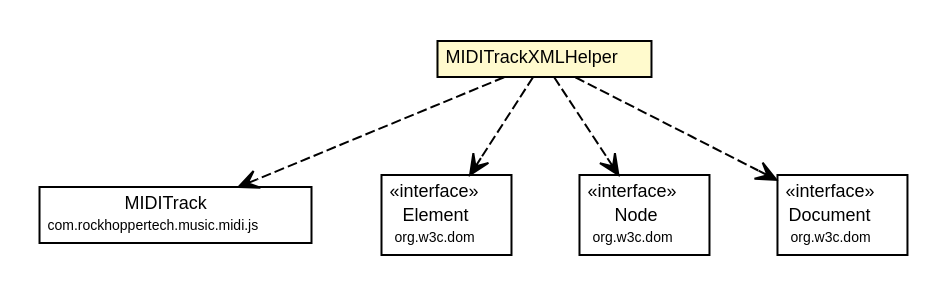
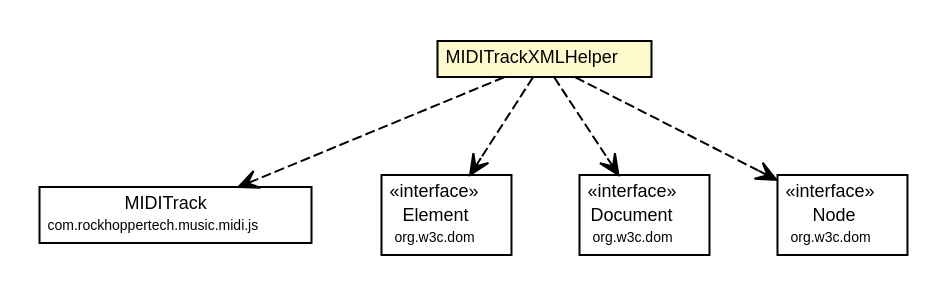
Before and after one commit to genedelisa/rockymusic: the diagram in apidocs/com/rockhoppertech/music/midi/js/xml/MIDITrackXMLHelper.dot, drawn with Graphviz. The commit also changed 457 other files, not shown here.

```diff
--- a/apidocs/com/rockhoppertech/music/midi/js/xml/MIDITrackXMLHelper.dot
+++ b/apidocs/com/rockhoppertech/music/midi/js/xml/MIDITrackXMLHelper.dot
@@ -1,57 +1,57 @@
 #!/usr/local/bin/dot
 #
 # Class diagram 
 # Generated by UMLGraph version R5_6-24-gf6e263 (http://www.umlgraph.org/)
 #
 
 digraph G {
 	edge [fontname="Helvetica",fontsize=10,labelfontname="Helvetica",labelfontsize=10];
 	node [fontname="Helvetica",fontsize=10,shape=plaintext];
 	nodesep=0.25;
 	ranksep=0.5;
 	// com.rockhoppertech.music.midi.js.MIDITrack
 	c6809 [label=<<table title="com.rockhoppertech.music.midi.js.MIDITrack" border="0" cellborder="1" cellspacing="0" cellpadding="2" port="p" href="../MIDITrack.html">
 		<tr><td><table border="0" cellspacing="0" cellpadding="1">
 <tr><td align="center" balign="center"> MIDITrack </td></tr>
 <tr><td align="center" balign="center"><font point-size="7.0"> com.rockhoppertech.music.midi.js </font></td></tr>
 		</table></td></tr>
 		</table>>, URL="../MIDITrack.html", fontname="Helvetica", fontcolor="black", fontsize=9.0];
 	// com.rockhoppertech.music.midi.js.xml.MIDITrackXMLHelper
 	c6840 [label=<<table title="com.rockhoppertech.music.midi.js.xml.MIDITrackXMLHelper" border="0" cellborder="1" cellspacing="0" cellpadding="2" port="p" bgcolor="lemonChiffon" href="./MIDITrackXMLHelper.html">
 		<tr><td><table border="0" cellspacing="0" cellpadding="1">
 <tr><td align="center" balign="center"> MIDITrackXMLHelper </td></tr>
 		</table></td></tr>
 		</table>>, URL="./MIDITrackXMLHelper.html", fontname="Helvetica", fontcolor="black", fontsize=9.0];
 	// com.rockhoppertech.music.midi.js.xml.MIDITrackXMLHelper DEPEND org.w3c.dom.Element
 	c6840:p -> c6871:p [taillabel="", label="", headlabel="", fontname="Helvetica", fontcolor="black", fontsize=10.0, color="black", arrowhead=open, style=dashed];
+	// com.rockhoppertech.music.midi.js.xml.MIDITrackXMLHelper DEPEND org.w3c.dom.Document
+	c6840:p -> c6872:p [taillabel="", label="", headlabel="", fontname="Helvetica", fontcolor="black", fontsize=10.0, color="black", arrowhead=open, style=dashed];
 	// com.rockhoppertech.music.midi.js.xml.MIDITrackXMLHelper DEPEND org.w3c.dom.Node
-	c6840:p -> c6872:p [taillabel="", label="", headlabel="", fontname="Helvetica", fontcolor="black", fontsize=10.0, color="black", arrowhead=open, style=dashed];
-	// com.rockhoppertech.music.midi.js.xml.MIDITrackXMLHelper DEPEND org.w3c.dom.Document
 	c6840:p -> c6873:p [taillabel="", label="", headlabel="", fontname="Helvetica", fontcolor="black", fontsize=10.0, color="black", arrowhead=open, style=dashed];
 	// com.rockhoppertech.music.midi.js.xml.MIDITrackXMLHelper DEPEND com.rockhoppertech.music.midi.js.MIDITrack
 	c6840:p -> c6809:p [taillabel="", label="", headlabel="", fontname="Helvetica", fontcolor="black", fontsize=10.0, color="black", arrowhead=open, style=dashed];
 	// org.w3c.dom.Element
 	c6871 [label=<<table title="org.w3c.dom.Element" border="0" cellborder="1" cellspacing="0" cellpadding="2" port="p" href="http://docs.oracle.com/javase/7/docs/api/org/w3c/dom/Element.html">
 		<tr><td><table border="0" cellspacing="0" cellpadding="1">
 <tr><td align="center" balign="center"> &#171;interface&#187; </td></tr>
 <tr><td align="center" balign="center"> Element </td></tr>
 <tr><td align="center" balign="center"><font point-size="7.0"> org.w3c.dom </font></td></tr>
 		</table></td></tr>
 		</table>>, URL="http://docs.oracle.com/javase/7/docs/api/org/w3c/dom/Element.html", fontname="Helvetica", fontcolor="black", fontsize=9.0];
 	// org.w3c.dom.Document
-	c6873 [label=<<table title="org.w3c.dom.Document" border="0" cellborder="1" cellspacing="0" cellpadding="2" port="p" href="http://docs.oracle.com/javase/7/docs/api/org/w3c/dom/Document.html">
+	c6872 [label=<<table title="org.w3c.dom.Document" border="0" cellborder="1" cellspacing="0" cellpadding="2" port="p" href="http://docs.oracle.com/javase/7/docs/api/org/w3c/dom/Document.html">
 		<tr><td><table border="0" cellspacing="0" cellpadding="1">
 <tr><td align="center" balign="center"> &#171;interface&#187; </td></tr>
 <tr><td align="center" balign="center"> Document </td></tr>
 <tr><td align="center" balign="center"><font point-size="7.0"> org.w3c.dom </font></td></tr>
 		</table></td></tr>
 		</table>>, URL="http://docs.oracle.com/javase/7/docs/api/org/w3c/dom/Document.html", fontname="Helvetica", fontcolor="black", fontsize=9.0];
 	// org.w3c.dom.Node
-	c6872 [label=<<table title="org.w3c.dom.Node" border="0" cellborder="1" cellspacing="0" cellpadding="2" port="p" href="http://docs.oracle.com/javase/7/docs/api/org/w3c/dom/Node.html">
+	c6873 [label=<<table title="org.w3c.dom.Node" border="0" cellborder="1" cellspacing="0" cellpadding="2" port="p" href="http://docs.oracle.com/javase/7/docs/api/org/w3c/dom/Node.html">
 		<tr><td><table border="0" cellspacing="0" cellpadding="1">
 <tr><td align="center" balign="center"> &#171;interface&#187; </td></tr>
 <tr><td align="center" balign="center"> Node </td></tr>
 <tr><td align="center" balign="center"><font point-size="7.0"> org.w3c.dom </font></td></tr>
 		</table></td></tr>
 		</table>>, URL="http://docs.oracle.com/javase/7/docs/api/org/w3c/dom/Node.html", fontname="Helvetica", fontcolor="black", fontsize=9.0];
 }
```
